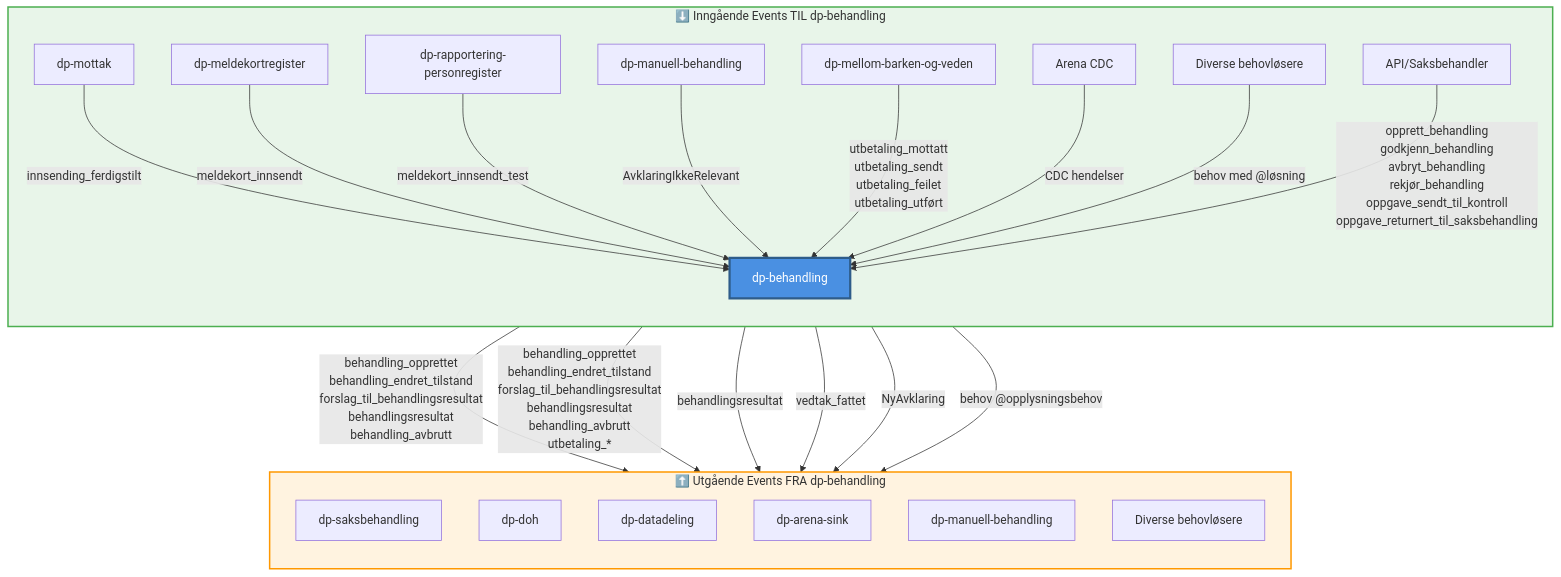
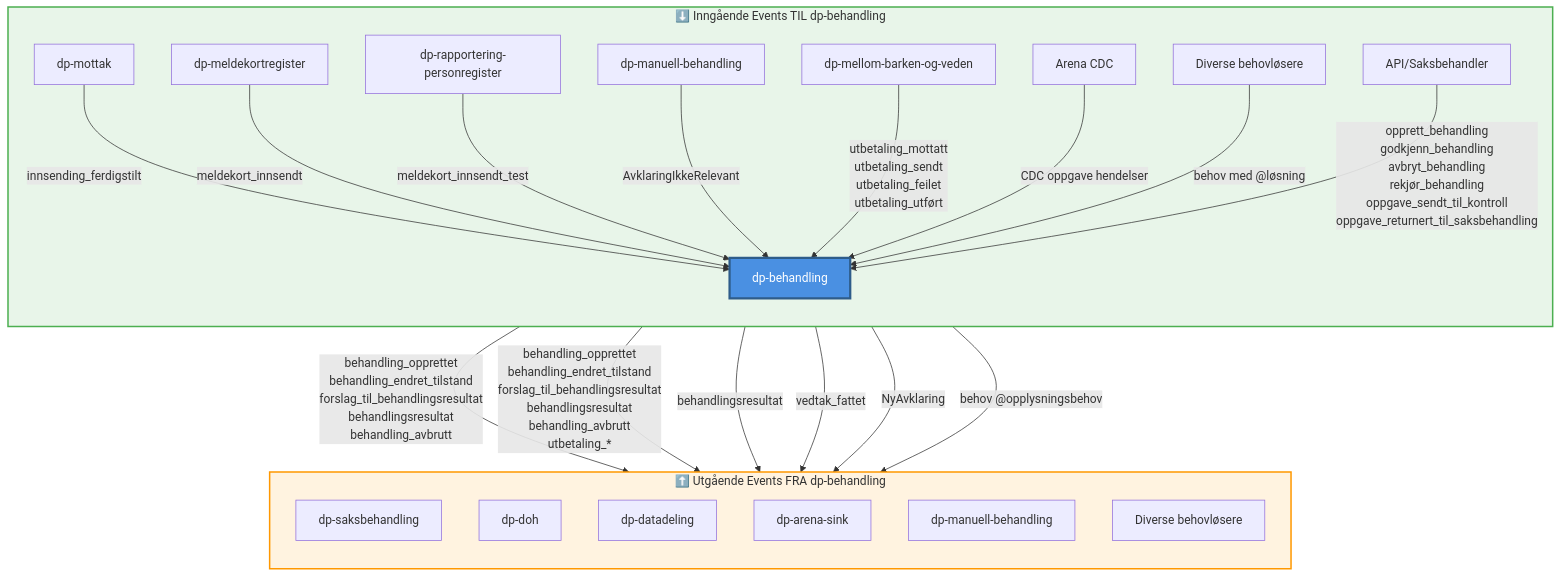
Before and after one commit to navikt/dp-behandling: the diagram in docs/kafka-events-catalog.md, drawn with Mermaid. The commit also changed other lines of this file and 1 other file, not shown here.

````diff
--- a/docs/kafka-events-catalog.md
+++ b/docs/kafka-events-catalog.md
@@ -11,46 +11,46 @@
 ```mermaid
 flowchart TB
     subgraph Inngående["⬇️ Inngående Events TIL dp-behandling"]
         direction TB
         dpMottak[dp-mottak]
         dpMeldekortregister[dp-meldekortregister]
         dpRapportering[dp-rapportering-personregister]
         dpManuell[dp-manuell-behandling]
         dpMellom[dp-mellom-barken-og-veden]
         Arena[Arena CDC]
         Behovlosere[Diverse behovløsere]
         API1[API/Saksbehandler]
         
         dpMottak -->|innsending_ferdigstilt| dpBehandling
         dpMeldekortregister -->|meldekort_innsendt| dpBehandling
         dpRapportering -->|meldekort_innsendt_test| dpBehandling
         dpManuell -->|AvklaringIkkeRelevant| dpBehandling
         dpMellom -->|utbetaling_mottatt<br/>utbetaling_sendt<br/>utbetaling_feilet<br/>utbetaling_utført| dpBehandling
-        Arena -->|CDC hendelser| dpBehandling
+        Arena -->|CDC oppgave hendelser| dpBehandling
         Behovlosere -->|behov med @løsning| dpBehandling
         API1 -->|opprett_behandling<br/>godkjenn_behandling<br/>avbryt_behandling<br/>rekjør_behandling<br/>oppgave_sendt_til_kontroll<br/>oppgave_returnert_til_saksbehandling| dpBehandling
     end
     
     dpBehandling[dp-behandling]
     
     subgraph Utgående["⬆️ Utgående Events FRA dp-behandling"]
         direction TB
         dpSaksbehandling[dp-saksbehandling]
         dpDoh[dp-doh]
         dpDatadeling[dp-datadeling]
         dpArenaSink[dp-arena-sink]
         dpManuell2[dp-manuell-behandling]
         Behovlosere2[Diverse behovløsere]
         
         dpBehandling -->|behandling_opprettet<br/>behandling_endret_tilstand<br/>forslag_til_behandlingsresultat<br/>behandlingsresultat<br/>behandling_avbrutt| dpSaksbehandling
         dpBehandling -->|behandling_opprettet<br/>behandling_endret_tilstand<br/>forslag_til_behandlingsresultat<br/>behandlingsresultat<br/>behandling_avbrutt<br/>utbetaling_*| dpDoh
         dpBehandling -->|behandlingsresultat| dpDatadeling
         dpBehandling -->|vedtak_fattet| dpArenaSink
         dpBehandling -->|NyAvklaring| dpManuell2
         dpBehandling -->|behov @opplysningsbehov| Behovlosere2
     end
     
     style dpBehandling fill:#4a90e2,stroke:#2e5c8a,stroke-width:3px,color:#fff
     style Inngående fill:#e8f5e9,stroke:#4caf50,stroke-width:2px
     style Utgående fill:#fff3e0,stroke:#ff9800,stroke-width:2px
 ```
````
